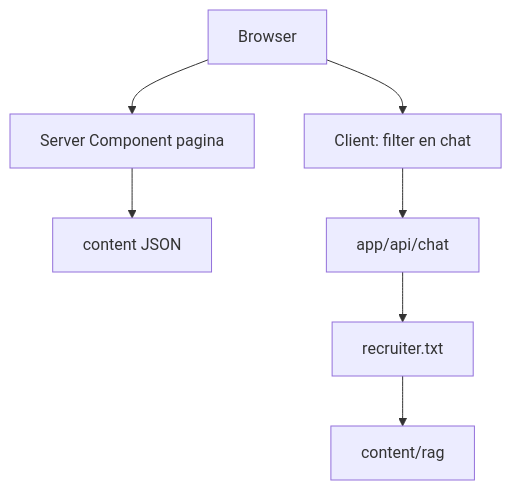
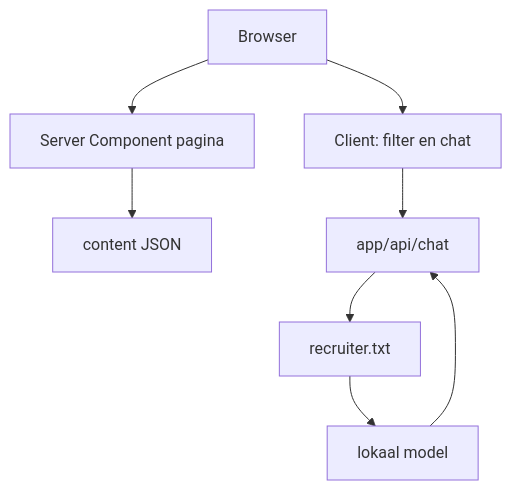
Before and after one commit to arvinwerk/portfolio-demo: the diagram in README.md, drawn with Mermaid. The commit also changed other lines of this file and 20 other files, not shown here.

First line of the commit message:
Answer the chat from the local model using the profile sheet.

````diff
--- a/README.md
+++ b/README.md
@@ -17,17 +17,18 @@
 ```mermaid
 flowchart TD
   browser[Browser]
   page[Server Component pagina]
   filter[Client: filter en chat]
   json[content JSON]
   route[app/api/chat]
   sheet[recruiter.txt]
-  corpus[content/rag]
+  model[lokaal model]
 
   browser --> page
   browser --> filter
   page --> json
   filter --> route
   route --> sheet
-  sheet --> corpus
+  sheet --> model
+  model --> route
 ```
````
